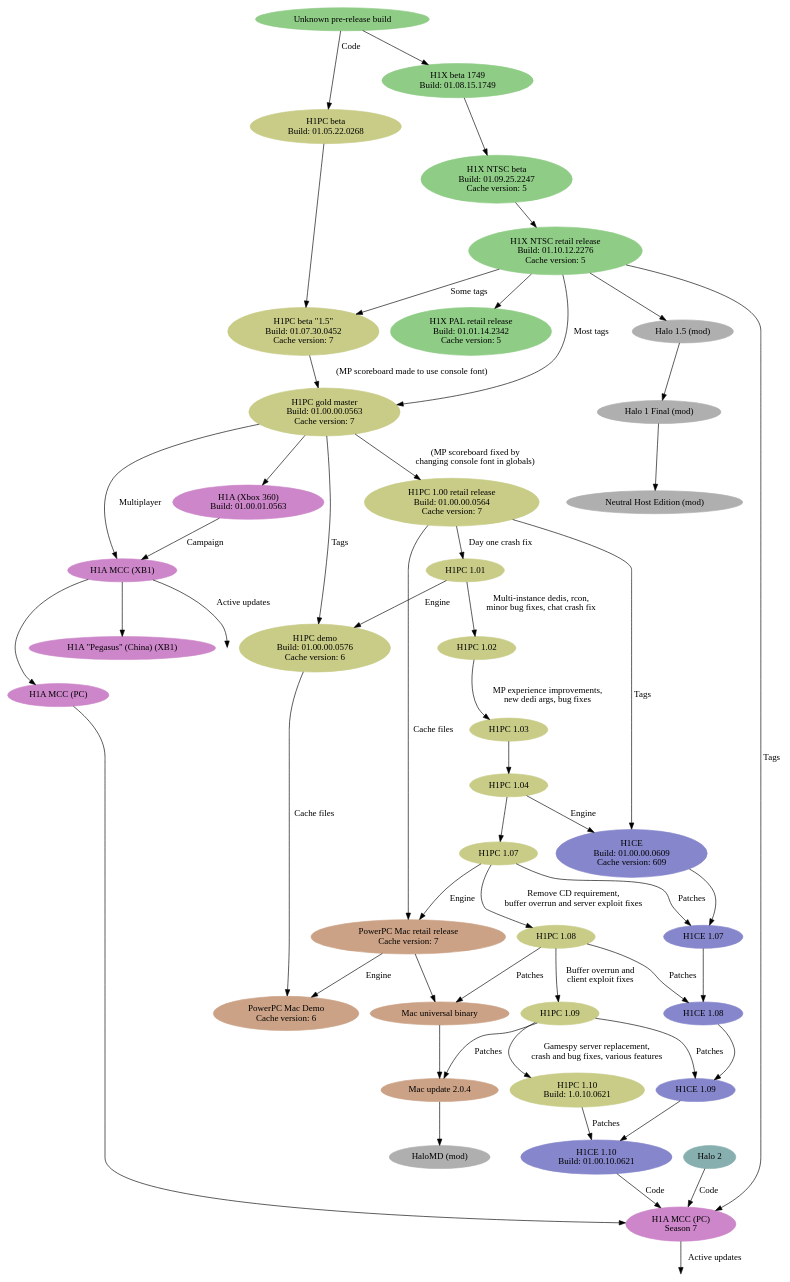
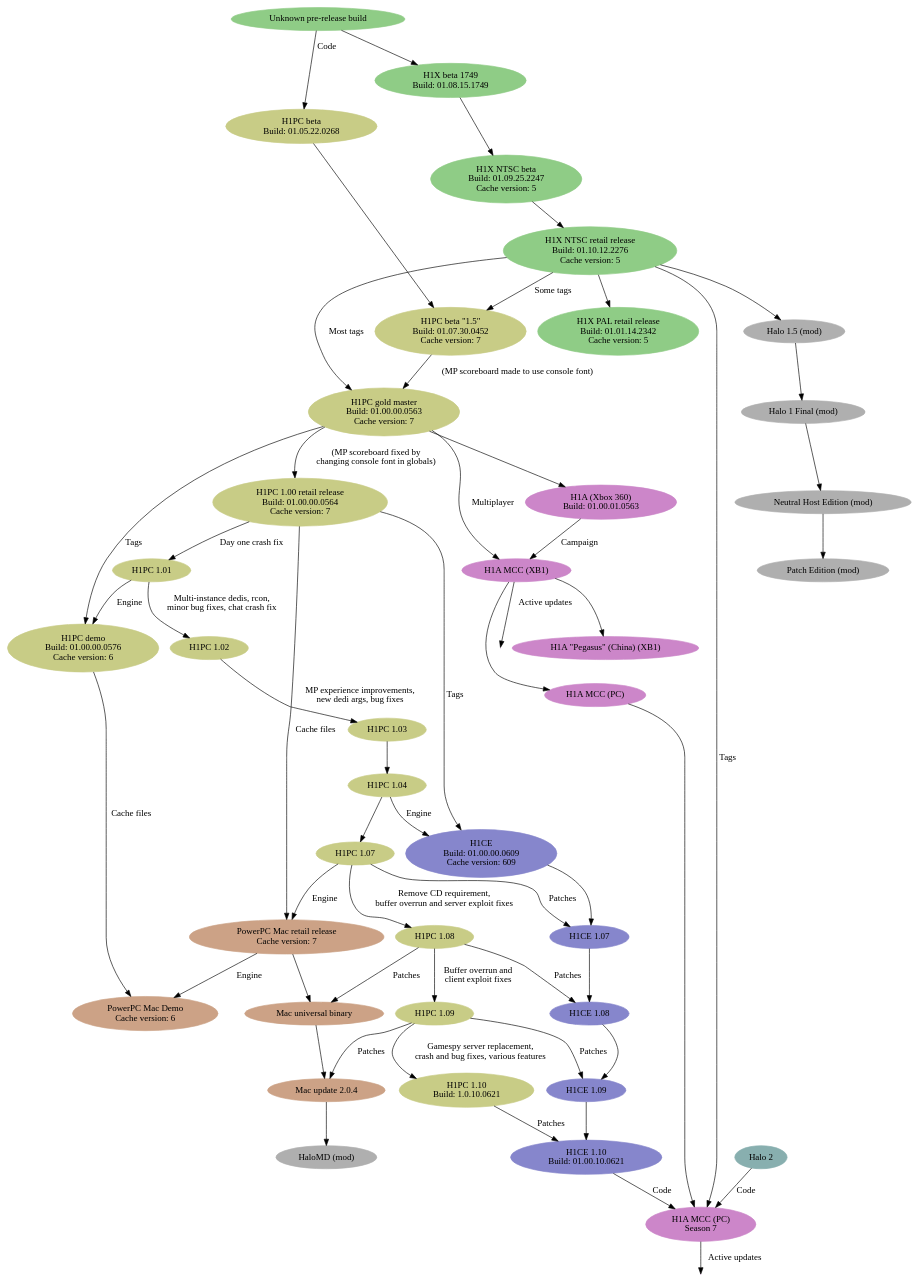
Before and after one commit to Sigmmma/c20: the diagram in src/content/h1/games.dot, drawn with Graphviz. The commit also changed 1 other file, not shown here.

Commit message:
Add H1X Patch Edition to games list

```diff
--- a/src/content/h1/games.dot
+++ b/src/content/h1/games.dot
@@ -1,132 +1,134 @@
 digraph G {
   subgraph h1x {
     node [style=filled color="#8fcc86"]
     h1x_pre [label="Unknown pre-release build"]
     h1x_1749 [label="H1X beta 1749\nBuild: 01.08.15.1749"]
     h1x_ntsc_beta [label="H1X NTSC beta\nBuild: 01.09.25.2247\nCache version: 5"]
     h1x_ntsc_retail [label="H1X NTSC retail release\nBuild: 01.10.12.2276\nCache version: 5"]
     h1x_pal_retail [label="H1X PAL retail release\nBuild: 01.01.14.2342\nCache version: 5"]
   }
+
+  #mods
+  node [style=filled color="#afafaf"];
+  h15 [label="Halo 1.5 (mod)"];
+  h1final [label="Halo 1 Final (mod)"];
+  nhe [label="Neutral Host Edition (mod)"];
+  pe [label="Patch Edition (mod)"];
+  halomd [label="HaloMD (mod)"];
 
   subgraph h1pc {
     node [style=filled color="#c8cc86"];
     pc_beta1 [label="H1PC beta\nBuild: 01.05.22.0268"];
     pc_beta2 [label="H1PC beta \"1.5\"\nBuild: 01.07.30.0452\nCache version: 7"];
     pc_gold [label="H1PC gold master\nBuild: 01.00.00.0563\nCache version: 7"];
     pc_100 [label="H1PC 1.00 retail release\nBuild: 01.00.00.0564\nCache version: 7"];
     pc_101 [label="H1PC 1.01"];
     pc_102 [label="H1PC 1.02"];
     pc_103 [label="H1PC 1.03"];
     pc_104 [label="H1PC 1.04"];
     pc_107 [label="H1PC 1.07"];
     pc_108 [label="H1PC 1.08"];
     pc_109 [label="H1PC 1.09"];
     pc_110 [label="H1PC 1.10\nBuild: 1.0.10.0621"];
     pc_demo [label="H1PC demo\nBuild: 01.00.00.0576\nCache version: 6"];
   }
 
+  subgraph mac {
+    node [style=filled color="#cca286"];
+    mac_retail [label="PowerPC Mac retail release\nCache version: 7"];
+    mac_universal [label="Mac universal binary"];
+    mac_204 [label="Mac update 2.0.4"];
+    mac_demo [label="PowerPC Mac Demo\nCache version: 6"];
+  }
+
   subgraph h1ce {
     node [style=filled color="#8686cc"];
     h1ce_100 [label="H1CE\nBuild: 01.00.00.0609\nCache version: 609"];
     h1ce_107 [label="H1CE 1.07"];
     h1ce_108 [label="H1CE 1.08"];
     h1ce_109 [label="H1CE 1.09"];
     h1ce_110 [label="H1CE 1.10\nBuild: 01.00.10.0621"];
-  }
-
-  subgraph mac {
-    node [style=filled color="#cca286"];
-    mac_retail [label="PowerPC Mac retail release\nCache version: 7"];
-    mac_universal [label="Mac universal binary"];
-    mac_204 [label="Mac update 2.0.4"];
-    mac_demo [label="PowerPC Mac Demo\nCache version: 6"];
   }
 
   subgraph h1a {
     node [style=filled color="#cc86c9"];
     h1a_360 [label="H1A (Xbox 360)\nBuild: 01.00.01.0563"];
     h1a_xbone [label="H1A MCC (XB1)"];
     h1a_xbone_china [label="H1A \"Pegasus\" (China) (XB1)"];
     h1a_pc [label="H1A MCC (PC)"];
     h1a_pc_s7 [label="H1A MCC (PC)\nSeason 7"];
     h1a_pc_live [label="", fixedsize="false", width=0, height=0, shape=none];
     h1a_xbone_live [label="", fixedsize="false", width=0, height=0, shape=none];
   }
 
-  #mods
-  node [style=filled color="#afafaf"];
-  h15 [label="Halo 1.5 (mod)"];
-  h1final [label="Halo 1 Final (mod)"];
-  nhe [label="Neutral Host Edition (mod)"];
-  #pe [label="Patch Edition (mod)"];
-  halomd [label="HaloMD (mod)"];
+
 
   #other games
   node [style=filled color="#88afaf"];
   h2 [label="Halo 2"];
 
   h1x_pre -> h1x_1749;
   h1x_1749 -> h1x_ntsc_beta;
   h1x_ntsc_beta -> h1x_ntsc_retail;
   h1x_ntsc_retail -> h1x_pal_retail;
 
   # gearbox pc line
   h1x_pre -> pc_beta1 [label="Code"];
   pc_beta1 -> pc_beta2;
   h1x_ntsc_retail -> pc_beta2 [label="Some tags"];
   pc_beta2 -> pc_gold [label="(MP scoreboard made to use console font)"];
   h1x_ntsc_retail -> pc_gold [label="Most tags"];
   pc_gold -> pc_100 [label="(MP scoreboard fixed by\nchanging console font in globals)"];
   pc_100 -> pc_101 [label="Day one crash fix"];
   pc_101 -> pc_102 [label="Multi-instance dedis, rcon,\nminor bug fixes, chat crash fix"];
   pc_102 -> pc_103 [label="MP experience improvements,\nnew dedi args, bug fixes"];
   pc_103 -> pc_104;
   pc_104 -> pc_107;
   pc_107 -> pc_108 [label="Remove CD requirement,\nbuffer overrun and server exploit fixes"];
   pc_108 -> pc_109 [label="Buffer overrun and\nclient exploit fixes"];
   pc_109 -> pc_110 [label="Gamespy server replacement,\ncrash and bug fixes, various features"];
   pc_gold -> pc_demo [label="Tags"];
   pc_101 -> pc_demo [label="Engine"];
 
   # custom edition line
   pc_104 -> h1ce_100 [label="Engine"];
   pc_100 -> h1ce_100 [label="Tags"];
   h1ce_100 -> h1ce_107;
   pc_107 -> h1ce_107 [label="Patches"];
   h1ce_107 -> h1ce_108;
   pc_108 -> h1ce_108 [label="Patches"];
   h1ce_108 -> h1ce_109;
   pc_109 -> h1ce_109 [label="Patches"];
   h1ce_109 -> h1ce_110;
   pc_110 -> h1ce_110 [label="Patches"];
 
   # mac
   pc_demo -> mac_demo [label="Cache files"];
   pc_100 -> mac_retail [label="Cache files"];
   pc_107 -> mac_retail [label="Engine"];
   mac_retail -> mac_demo [label="Engine"];
   mac_retail -> mac_universal;
   pc_108 -> mac_universal [label="Patches"];
   mac_universal -> mac_204;
   pc_109 -> mac_204 [label="Patches"];
 
   # mods
   h1x_ntsc_retail -> h15;
   h15 -> h1final;
   h1final -> nhe;
-  #nhe -> pe;
+  nhe -> pe;
   mac_204 -> halomd;
 
   # h1a and mcc
   pc_gold -> h1a_360;
   h1a_360 -> h1a_xbone [label="Campaign"];
   pc_gold -> h1a_xbone [label="Multiplayer"];
   h1a_xbone -> h1a_pc;
   h1a_xbone -> h1a_xbone_live [label="Active updates"];
   h1a_xbone -> h1a_xbone_china;
   h1a_pc -> h1a_pc_s7;
   h1ce_110 -> h1a_pc_s7 [label="Code"];
   h1x_ntsc_retail -> h1a_pc_s7 [label="Tags"];
   h2 -> h1a_pc_s7 [label="Code"];
   h1a_pc_s7 -> h1a_pc_live [label="Active updates"];
 }
```
